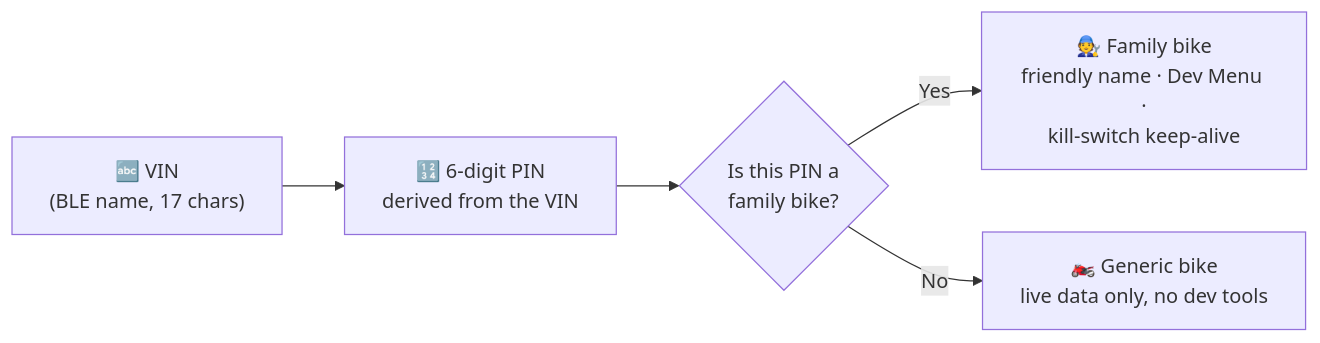
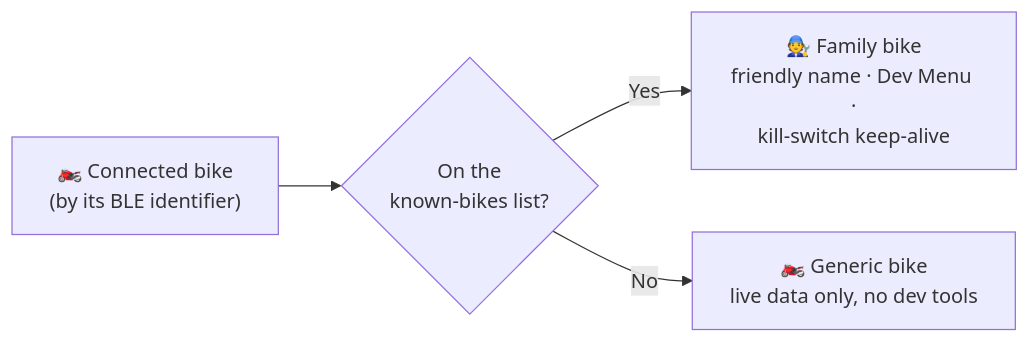
Before and after one commit to chadware-software/WolfPackDash-Docs: the second of 10 diagrams in docs/PROCESS_FLOW.md, drawn with Mermaid. The commit also changed other lines of this file and 2 other files, not shown here.

````diff
--- a/docs/PROCESS_FLOW.md
+++ b/docs/PROCESS_FLOW.md
@@ -85,7 +86,6 @@
 ```mermaid
 flowchart LR
-    VIN["🔤 VIN<br/>(BLE name, 17 chars)"] --> PIN["🔢 6-digit PIN<br/>derived from the VIN"]
-    PIN --> Q{"Is this PIN a<br/>family bike?"}
+    BIKE["🏍️ Connected bike<br/>(by its BLE identifier)"] --> Q{"On the<br/>known-bikes list?"}
     Q -->|"Yes"| FAM["🧑‍🔧 Family bike<br/>friendly name · Dev Menu ·<br/>kill-switch keep-alive"]
     Q -->|"No"| GEN["🏍️ Generic bike<br/>live data only, no dev tools"]
 ```
````
